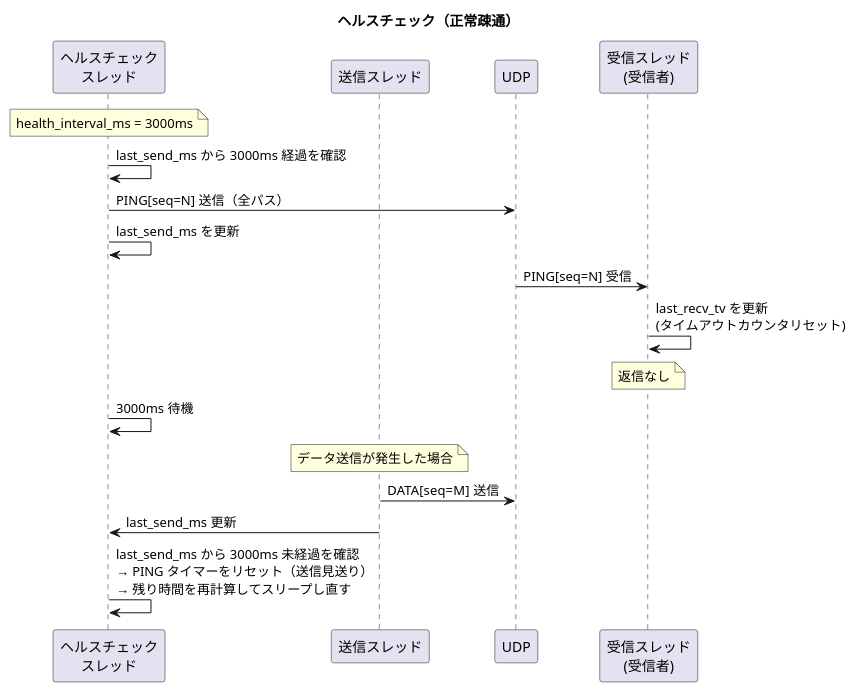
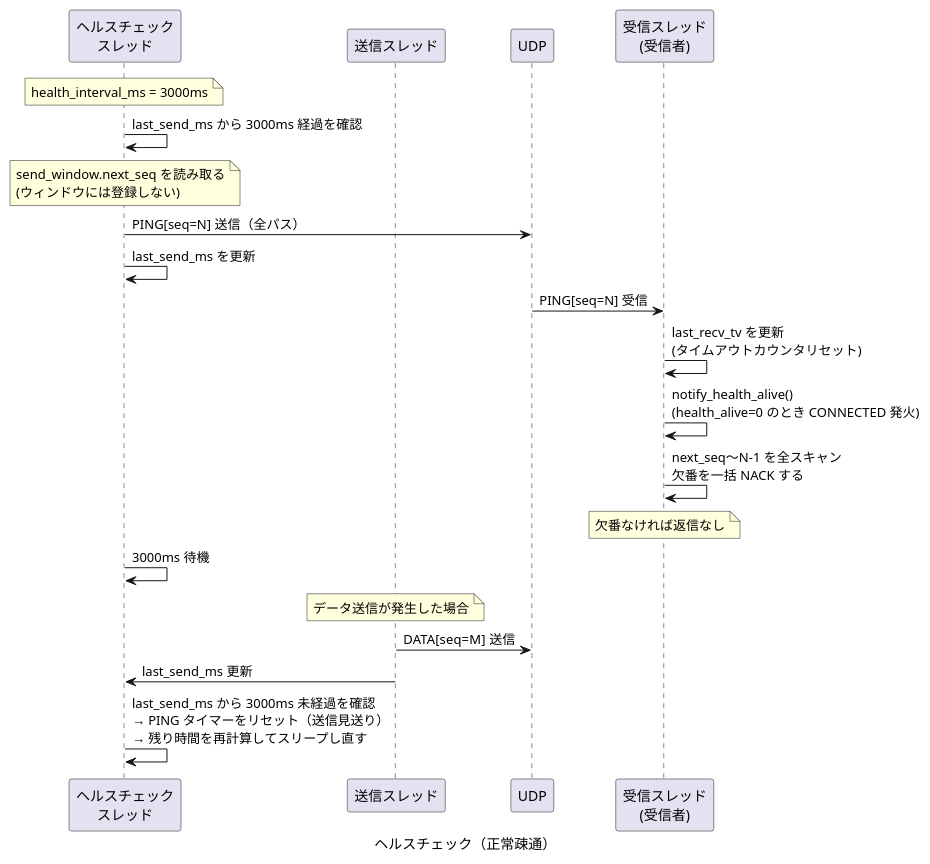
One commit to Hondarer/c-modernization-kit changed the eighth of 12 diagrams in prod/porter/docs/sequence.md. Above: the diagram before and after it, drawn with PlantUML. The commit also changed other lines of this file and 13 other files, not shown here.

````diff
--- a/prod/porter/docs/sequence.md
+++ b/prod/porter/docs/sequence.md
@@ -308,30 +277,33 @@
 ```plantuml
-@startuml
-title ヘルスチェック（正常疎通）
+@startuml ヘルスチェック（正常疎通）
+caption ヘルスチェック（正常疎通）
 
 participant "ヘルスチェック\nスレッド" as HT
 participant "送信スレッド" as ST
 participant "UDP" as UDP
 participant "受信スレッド\n(受信者)" as RRT
 
 note over HT: health_interval_ms = 3000ms
 
 HT -> HT: last_send_ms から 3000ms 経過を確認
+note over HT: send_window.next_seq を読み取る\n(ウィンドウには登録しない)
 HT -> UDP: PING[seq=N] 送信（全パス）
 HT -> HT: last_send_ms を更新
 
 UDP -> RRT: PING[seq=N] 受信
 RRT -> RRT: last_recv_tv を更新\n(タイムアウトカウンタリセット)
-note over RRT: 返信なし
+RRT -> RRT: notify_health_alive()\n(health_alive=0 のとき CONNECTED 発火)
+RRT -> RRT: next_seq〜N-1 を全スキャン\n欠番を一括 NACK する
+note over RRT: 欠番なければ返信なし
 
 HT -> HT: 3000ms 待機
 
 note over ST: データ送信が発生した場合
 
 ST -> UDP: DATA[seq=M] 送信
 ST -> HT: last_send_ms 更新
 
 HT -> HT: last_send_ms から 3000ms 未経過を確認\n→ PING タイマーをリセット（送信見送り）\n→ 残り時間を再計算してスリープし直す
 
 @enduml
 ```
````
